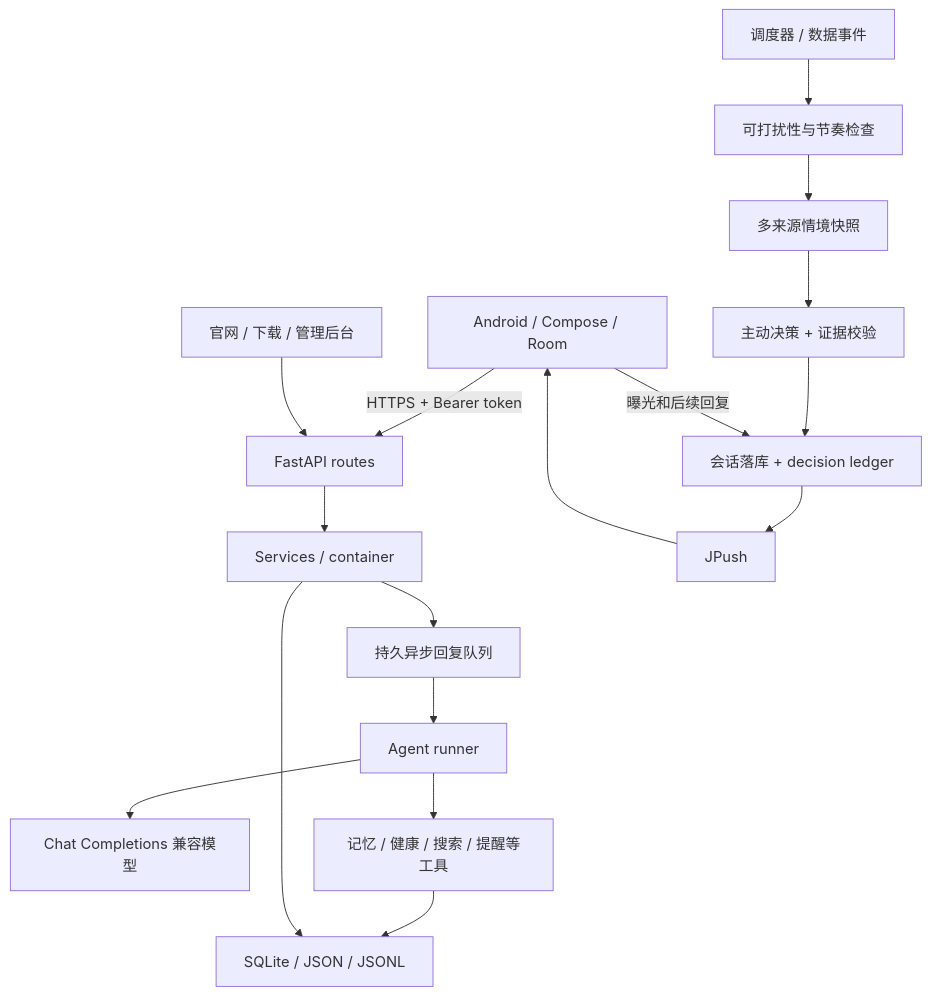
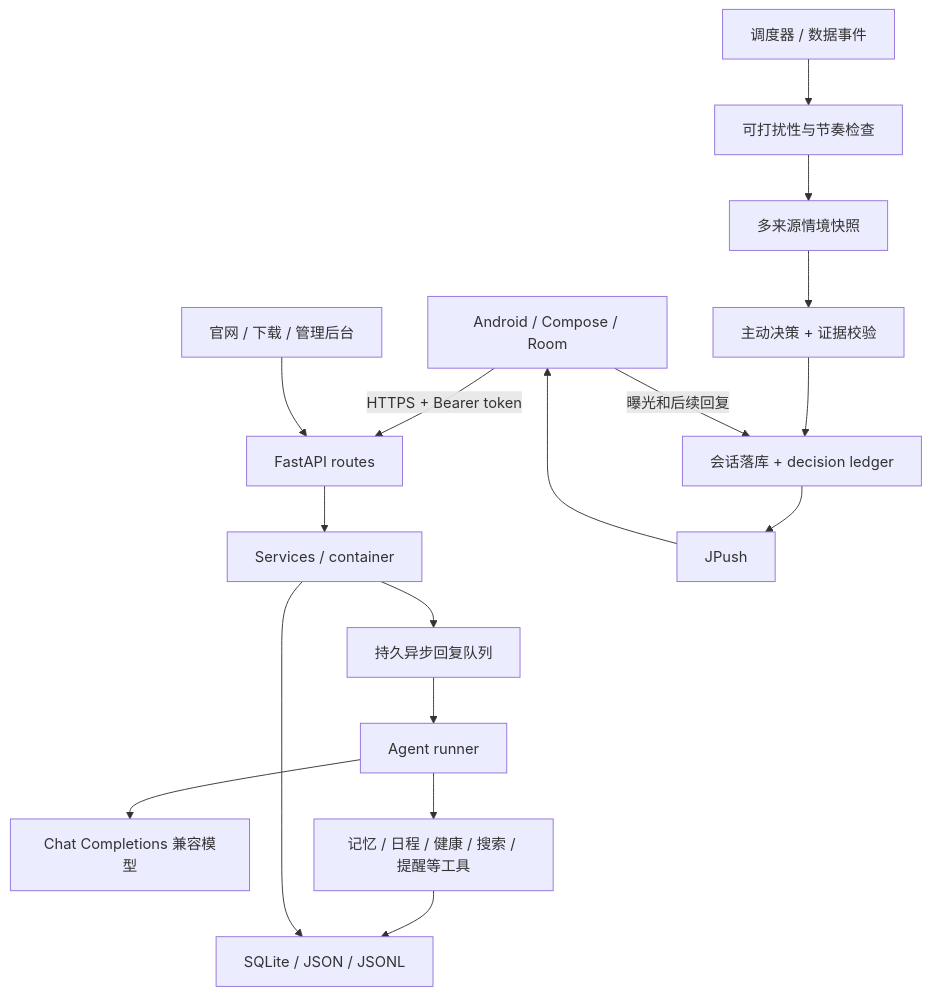
The diagram in docs/ARCHITECTURE.md (strongterman-hub/Auri-open-source), drawn with Mermaid before and after one commit. The commit also changed other lines of this file and 36 other files, not shown here.

````diff
--- a/docs/ARCHITECTURE.md
+++ b/docs/ARCHITECTURE.md
@@ -5,19 +5,19 @@
 ```mermaid
 flowchart TD
   Android[Android / Compose / Room] -->|HTTPS + Bearer token| API[FastAPI routes]
   Site[官网 / 下载 / 管理后台] --> API
   API --> Services[Services / container]
   Services --> Queue[持久异步回复队列]
   Queue --> Runner[Agent runner]
   Runner --> LLM[Chat Completions 兼容模型]
-  Runner --> Tools[记忆 / 健康 / 搜索 / 提醒等工具]
+  Runner --> Tools[记忆 / 日程 / 健康 / 搜索 / 提醒等工具]
   Tools --> Data[SQLite / JSON / JSONL]
   Services --> Data
   Timer[调度器 / 数据事件] --> Gates[可打扰性与节奏检查]
   Gates --> Context[多来源情境快照]
   Context --> Decision[主动决策 + 证据校验]
   Decision --> Delivery[会话落库 + decision ledger]
   Delivery --> Push[JPush]
   Push --> Android
   Android -->|曝光和后续回复| Delivery
 ```
````
